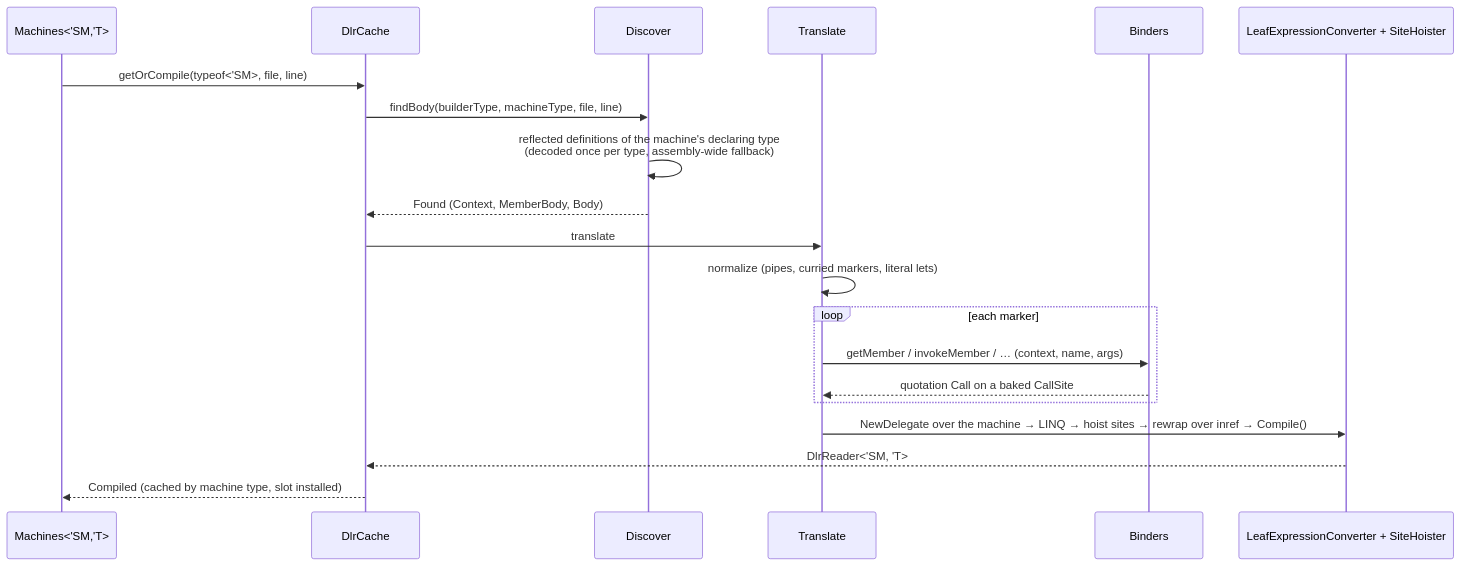
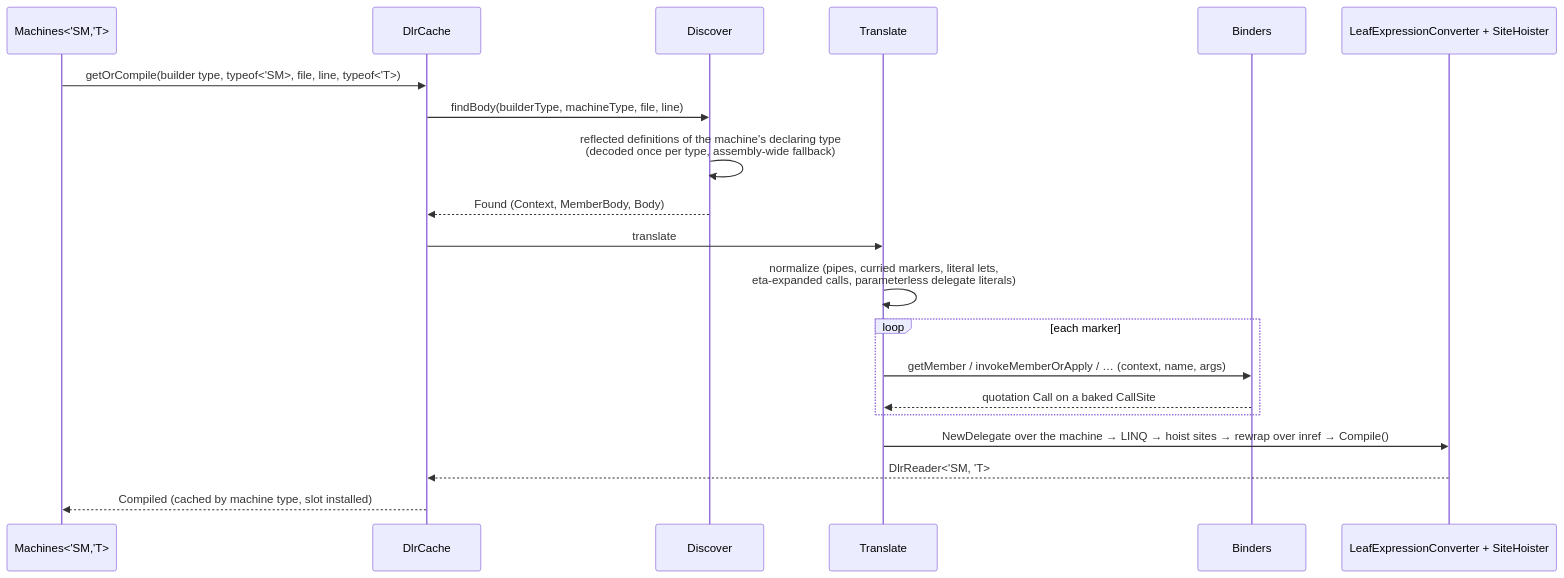
The third of 3 diagrams in docs/pipeline.md (ekonbenefits/FSharp.Interop.Dlr), drawn with Mermaid before and after one commit. The commit also changed other lines of this file and 4 other files, not shown here.

````diff
--- a/docs/pipeline.md
+++ b/docs/pipeline.md
@@ -113,23 +114,23 @@
 ```mermaid
 sequenceDiagram
     participant S as Machines<'SM,'T>
     participant DC as DlrCache
     participant Di as Discover
     participant T as Translate
     participant B as Binders
     participant L as LeafExpressionConverter + SiteHoister
 
-    S->>DC: getOrCompile(typeof<'SM>, file, line)
+    S->>DC: getOrCompile(builder type, typeof<'SM>, file, line, typeof<'T>)
     DC->>Di: findBody(builderType, machineType, file, line)
     Di->>Di: reflected definitions of the machine's declaring type<br/>(decoded once per type, assembly-wide fallback)
     Di-->>DC: Found (Context, MemberBody, Body)
     DC->>T: translate
-    T->>T: normalize (pipes, curried markers, literal lets)
+    T->>T: normalize (pipes, curried markers, literal lets,<br/>eta-expanded calls, parameterless delegate literals)
     loop each marker
-        T->>B: getMember / invokeMember / … (context, name, args)
+        T->>B: getMember / invokeMemberOrApply / … (context, name, args)
         B-->>T: quotation Call on a baked CallSite
     end
     T->>L: NewDelegate over the machine → LINQ → hoist sites → rewrap over inref → Compile()
     L-->>DC: DlrReader<'SM, 'T>
     DC-->>S: Compiled (cached by machine type, slot installed)
 ```
````
